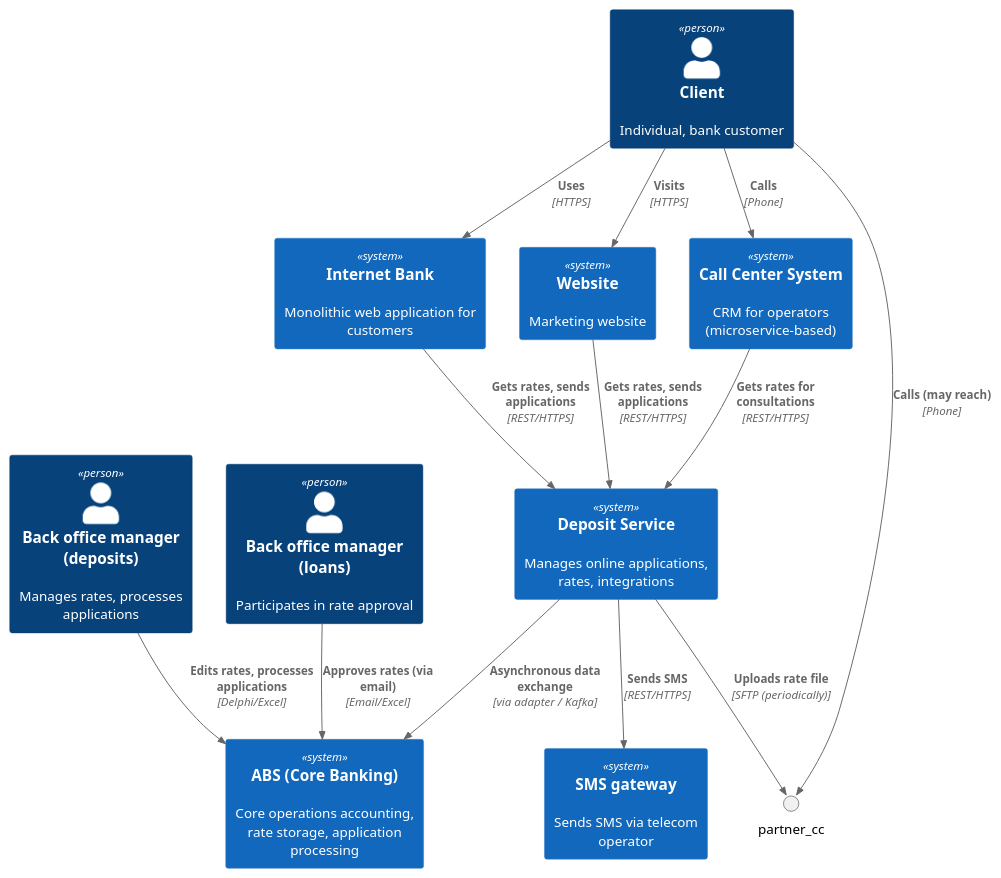
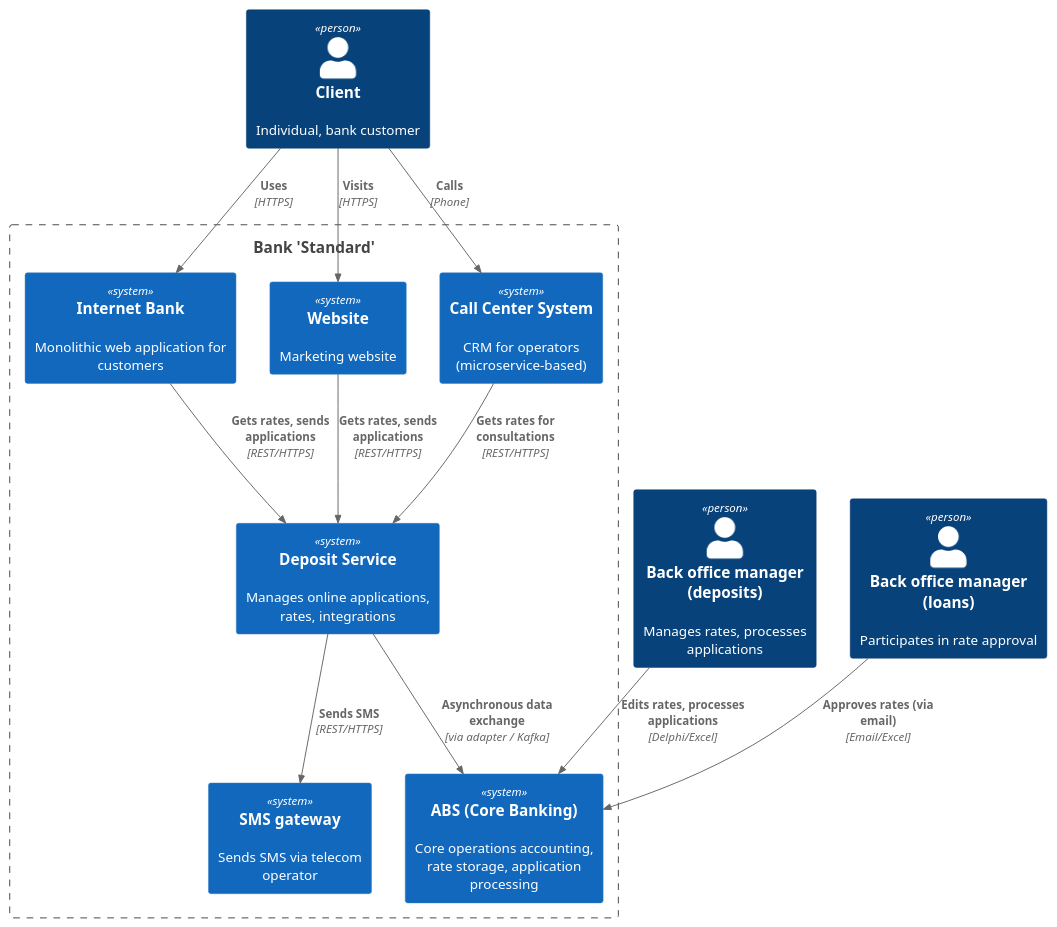
One commit to Wardar-py/architecture-bank-standart changed the diagram in Task3/с4_context.puml. Above: the diagram before and after it, drawn with PlantUML. The commit also changed 8 other files, not shown here.

```diff
--- a/Task3/с4_context.puml
+++ b/Task3/с4_context.puml
@@ -1,31 +1,30 @@
 @startuml
 !include <C4/C4_Context>
 
 Person(client, "Client", "Individual, bank customer")
 Person(back_deposit, "Back office manager (deposits)", "Manages rates, processes applications")
 Person(back_credit, "Back office manager (loans)", "Participates in rate approval")
-
-System(deposit_system, "Deposit Service", "Manages online applications, rates, integrations")
-System(deposit_system, "Deposit Service", "Manages online applications, rates, integrations")
-System(abs, "ABS (Core Banking)", "Core operations accounting, rate storage, application processing")
-System(internet_bank, "Internet Bank", "Monolithic web application for customers")
-System(site, "Website", "Marketing website")
-System(cc_system, "Call Center System", "CRM for operators (microservice-based)")
-System(sms_gateway, "SMS gateway", "Sends SMS via telecom operator")
+Boundary(bank, "Bank 'Standard'") {
+    System(deposit_system, "Deposit Service", "Manages online applications, rates, integrations")
+    System(deposit_system, "Deposit Service", "Manages online applications, rates, integrations")
+    System(abs, "ABS (Core Banking)", "Core operations accounting, rate storage, application processing")
+    System(internet_bank, "Internet Bank", "Monolithic web application for customers")
+    System(site, "Website", "Marketing website")
+    System(cc_system, "Call Center System", "CRM for operators (microservice-based)")
+    System(sms_gateway, "SMS gateway", "Sends SMS via telecom operator")
+}
 
 ' Связи
 Rel(client, internet_bank, "Uses", "HTTPS")
 Rel(client, site, "Visits", "HTTPS")
 Rel(client, cc_system, "Calls", "Phone")
-Rel(client, partner_cc, "Calls (may reach)", "Phone")
 Rel(back_deposit, abs, "Edits rates, processes applications", "Delphi/Excel")
 Rel(back_credit, abs, "Approves rates (via email)", "Email/Excel")
 
 Rel(internet_bank, deposit_system, "Gets rates, sends applications", "REST/HTTPS")
 Rel(site, deposit_system, "Gets rates, sends applications", "REST/HTTPS")
 Rel(cc_system, deposit_system, "Gets rates for consultations", "REST/HTTPS")
 Rel(deposit_system, sms_gateway, "Sends SMS", "REST/HTTPS")
-Rel(deposit_system, partner_cc, "Uploads rate file", "SFTP (periodically)")
 Rel(deposit_system, abs, "Asynchronous data exchange", "via adapter / Kafka")
 
 @enduml
```
